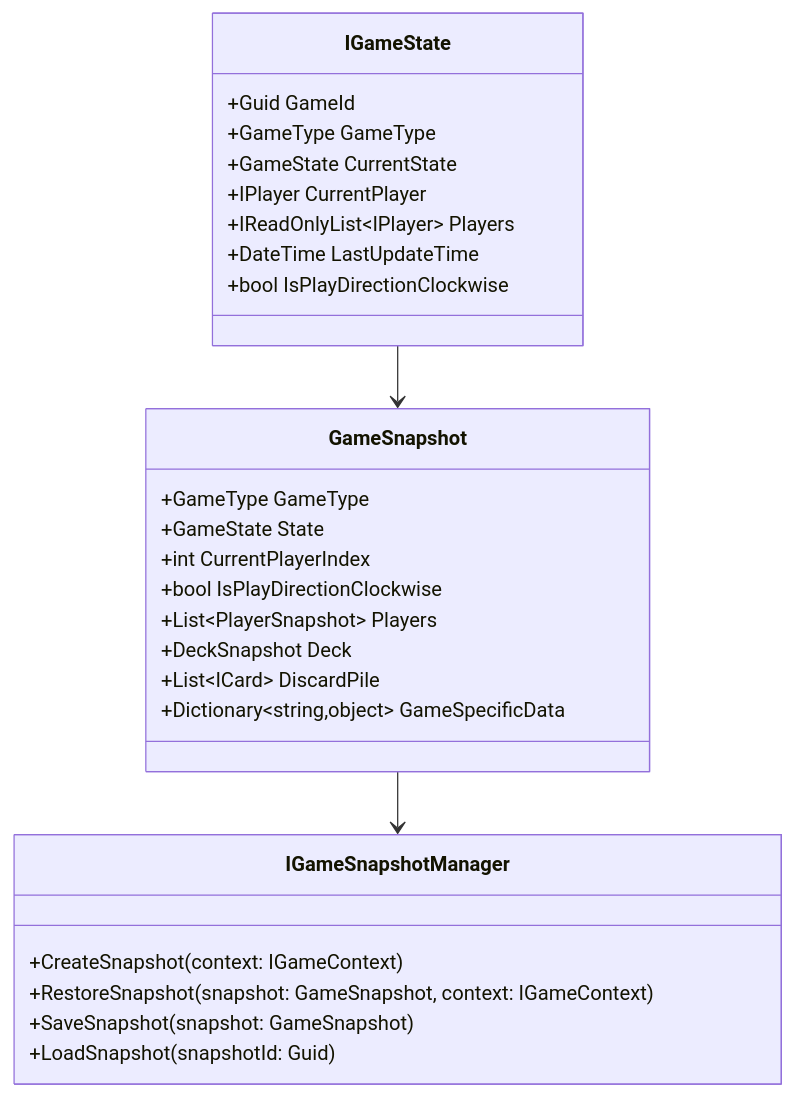
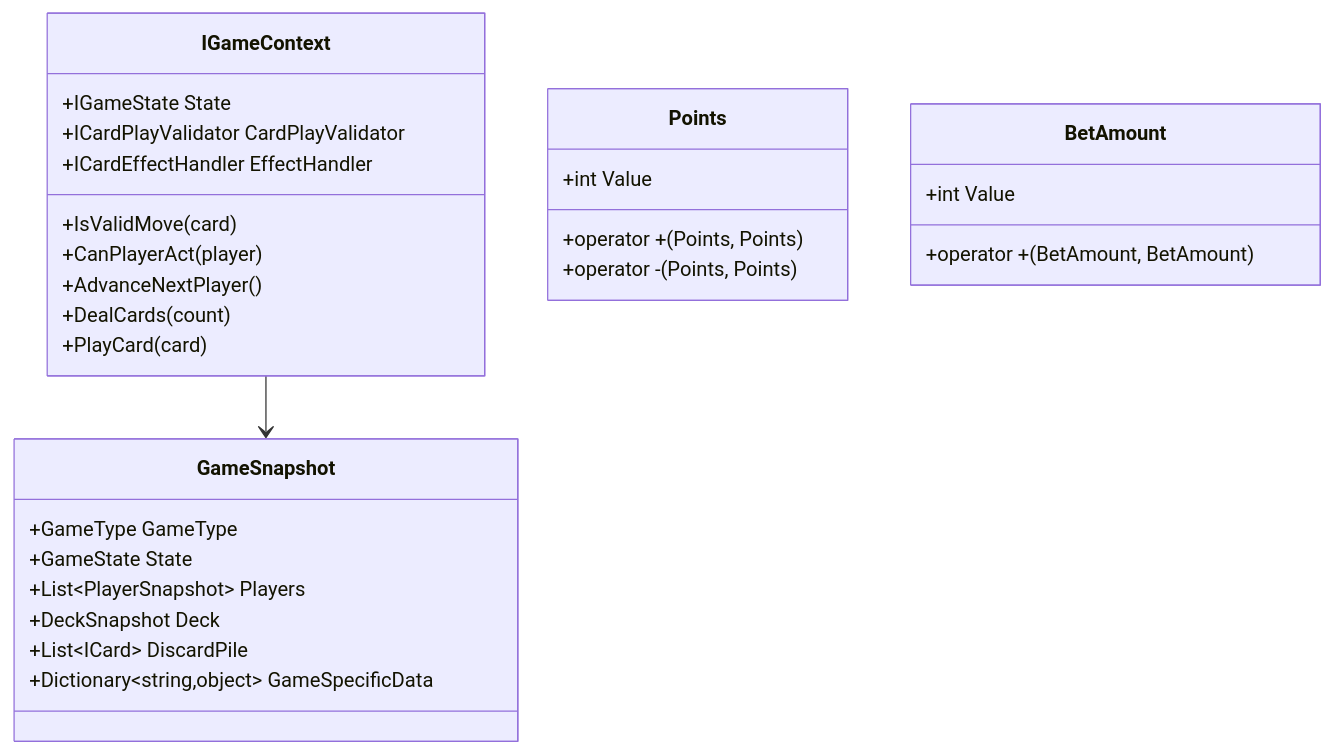
One commit to maysamgamini/bellotalabs-interview changed the third of 4 diagrams in README.md. Above: the diagram before and after it, drawn with Mermaid. The commit also changed other lines of this file, not shown here.

````diff
--- a/README.md
+++ b/README.md
@@ -484,33 +125,35 @@
 ```mermaid
 classDiagram
-    class IGameState {
-        +Guid GameId
-        +GameType GameType
-        +GameState CurrentState
-        +IPlayer CurrentPlayer
-        +IReadOnlyList~IPlayer~ Players
-        +DateTime LastUpdateTime
-        +bool IsPlayDirectionClockwise
+    class IGameContext {
+        +IGameState State
+        +ICardPlayValidator CardPlayValidator
+        +ICardEffectHandler EffectHandler
+        +IsValidMove(card)
+        +CanPlayerAct(player)
+        +AdvanceNextPlayer()
+        +DealCards(count)
+        +PlayCard(card)
     }
 
     class GameSnapshot {
         +GameType GameType
         +GameState State
-        +int CurrentPlayerIndex
-        +bool IsPlayDirectionClockwise
         +List~PlayerSnapshot~ Players
         +DeckSnapshot Deck
         +List~ICard~ DiscardPile
         +Dictionary~string,object~ GameSpecificData
     }
 
-    class IGameSnapshotManager {
-        +CreateSnapshot(context: IGameContext)
-        +RestoreSnapshot(snapshot: GameSnapshot, context: IGameContext)
-        +SaveSnapshot(snapshot: GameSnapshot)
-        +LoadSnapshot(snapshotId: Guid)
+    class Points {
+        +int Value
+        +operator +(Points, Points)
+        +operator -(Points, Points)
     }
 
-    IGameState --> GameSnapshot
-    GameSnapshot --> IGameSnapshotManager
+    class BetAmount {
+        +int Value
+        +operator +(BetAmount, BetAmount)
+    }
+
+    IGameContext --> GameSnapshot
 ```
````
